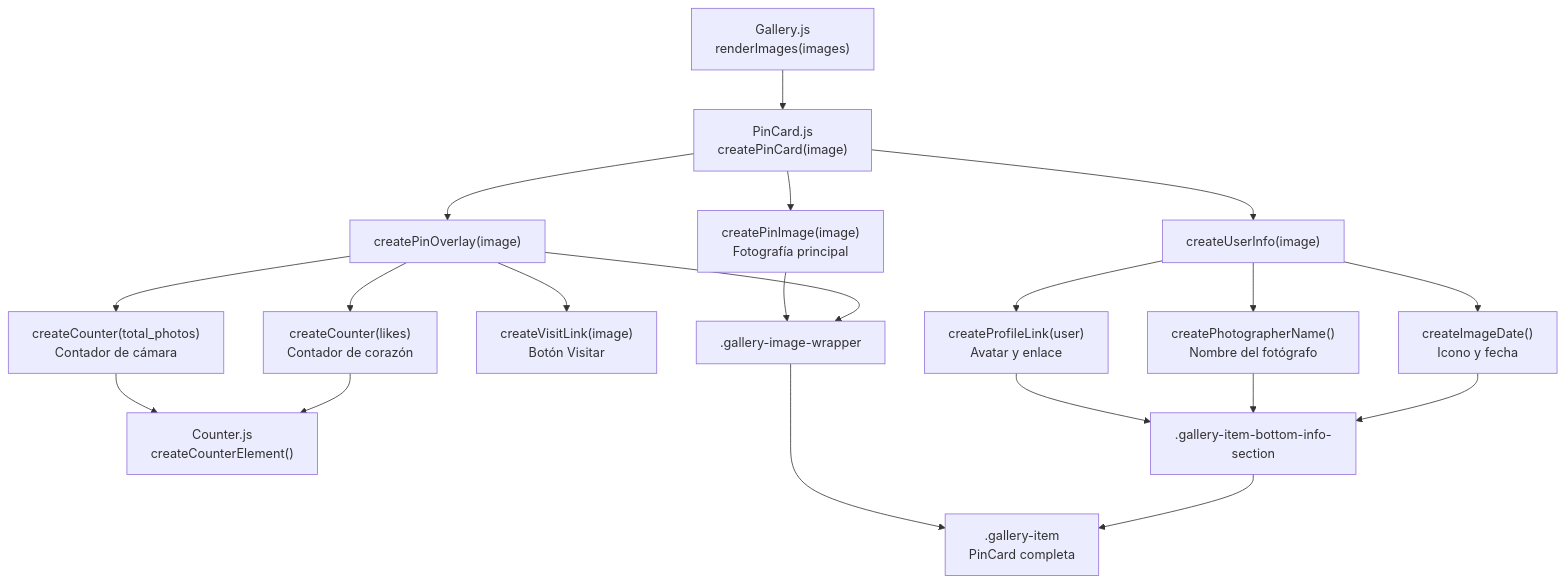
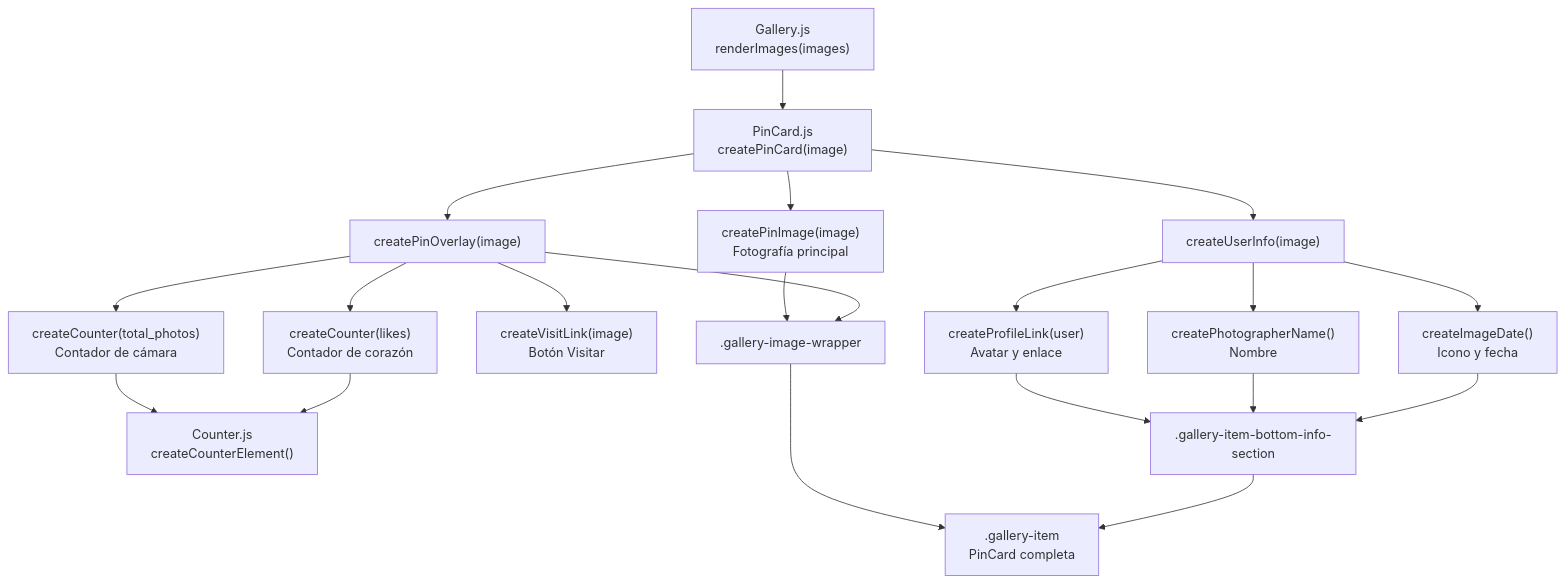
One commit to candytale55/pinterest-clone changed the third of 3 diagrams in docs/dev-notes/notas-desarrollo.md. Above: the diagram before and after it, drawn with Mermaid. The commit also changed other lines of this file and 4 other files, not shown here.

````diff
--- a/docs/dev-notes/notas-desarrollo.md
+++ b/docs/dev-notes/notas-desarrollo.md
@@ -82,27 +57,27 @@
 ```mermaid
 flowchart TD
     RENDER["Gallery.js<br/>renderImages(images)"] --> CARD["PinCard.js<br/>createPinCard(image)"]
 
     CARD --> IMAGE["createPinImage(image)<br/>Fotografía principal"]
     CARD --> OVERLAY["createPinOverlay(image)"]
     CARD --> USER["createUserInfo(image)"]
 
     OVERLAY --> PHOTOS["createCounter(total_photos)<br/>Contador de cámara"]
     OVERLAY --> LIKES["createCounter(likes)<br/>Contador de corazón"]
     OVERLAY --> VISIT["createVisitLink(image)<br/>Botón Visitar"]
 
     PHOTOS --> COUNTER["Counter.js<br/>createCounterElement()"]
     LIKES --> COUNTER
 
     USER --> PROFILE["createProfileLink(user)<br/>Avatar y enlace"]
-    USER --> NAME["createPhotographerName()<br/>Nombre del fotógrafo"]
+    USER --> NAME["createPhotographerName()<br/>Nombre"]
     USER --> DATE["createImageDate()<br/>Icono y fecha"]
 
     IMAGE --> WRAPPER[".gallery-image-wrapper"]
     OVERLAY --> WRAPPER
     PROFILE --> INFO[".gallery-item-bottom-info-section"]
     NAME --> INFO
     DATE --> INFO
     WRAPPER --> RESULT[".gallery-item<br/>PinCard completa"]
     INFO --> RESULT
 ```
````
